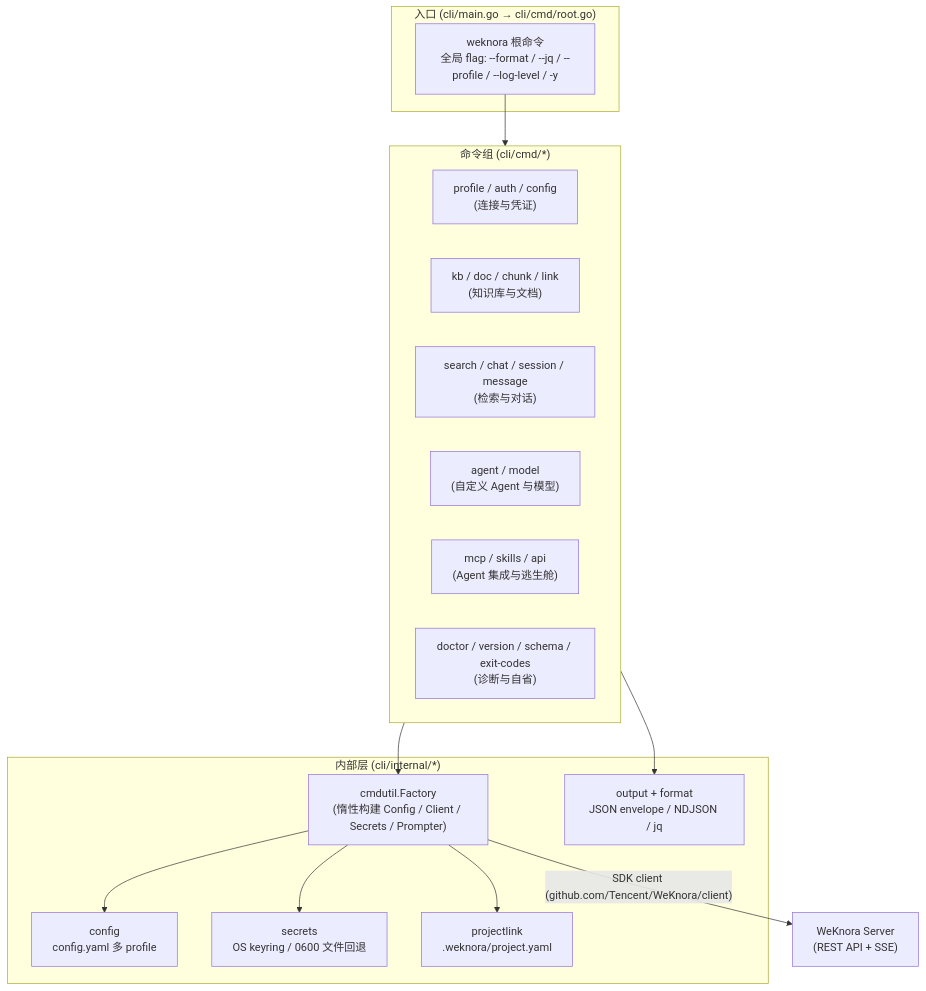
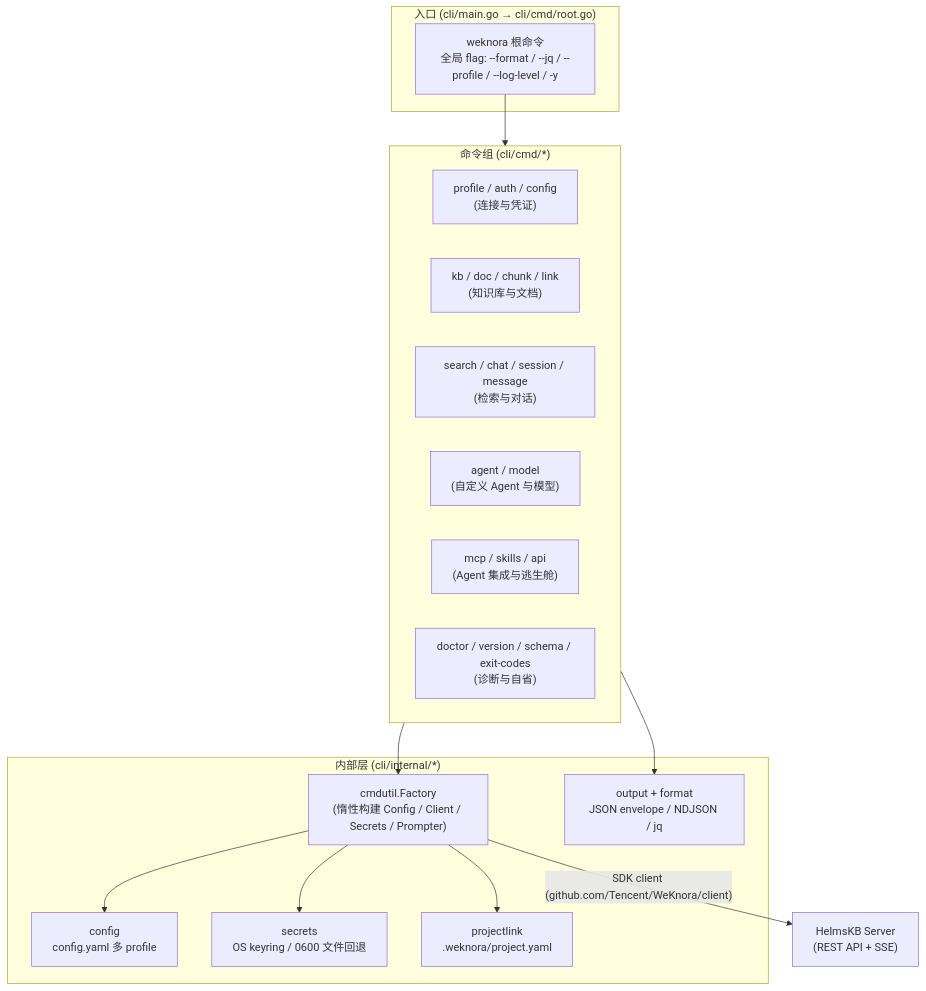
One commit to raylu798-art/HelmsKB changed the diagram in website-docs/05-clients/02-cli.md. Above: the diagram before and after it, drawn with Mermaid. The commit also changed other lines of this file and 50 other files, not shown here.

````diff
--- a/website-docs/05-clients/02-cli.md
+++ b/website-docs/05-clients/02-cli.md
@@ -22,33 +22,33 @@
 ```mermaid
 flowchart TB
     subgraph entry["入口 (cli/main.go → cli/cmd/root.go)"]
         R["weknora 根命令<br/>全局 flag: --format / --jq / --profile / --log-level / -y"]
     end
 
     subgraph groups["命令组 (cli/cmd/*)"]
         G1["profile / auth / config<br/>(连接与凭证)"]
         G2["kb / doc / chunk / link<br/>(知识库与文档)"]
         G3["search / chat / session / message<br/>(检索与对话)"]
         G4["agent / model<br/>(自定义 Agent 与模型)"]
         G5["mcp / skills / api<br/>(Agent 集成与逃生舱)"]
         G6["doctor / version / schema / exit-codes<br/>(诊断与自省)"]
     end
 
     subgraph internal["内部层 (cli/internal/*)"]
         F["cmdutil.Factory<br/>(惰性构建 Config / Client / Secrets / Prompter)"]
         C["config<br/>config.yaml 多 profile"]
         S["secrets<br/>OS keyring / 0600 文件回退"]
         P["projectlink<br/>.weknora/project.yaml"]
         O["output + format<br/>JSON envelope / NDJSON / jq"]
     end
 
-    SRV["WeKnora Server<br/>(REST API + SSE)"]
+    SRV["HelmsKB Server<br/>(REST API + SSE)"]
 
     R --> groups
     groups --> F
     F --> C
     F --> S
     F --> P
     groups --> O
     F -->|"SDK client (github.com/Tencent/WeKnora/client)"| SRV
 ```
````
